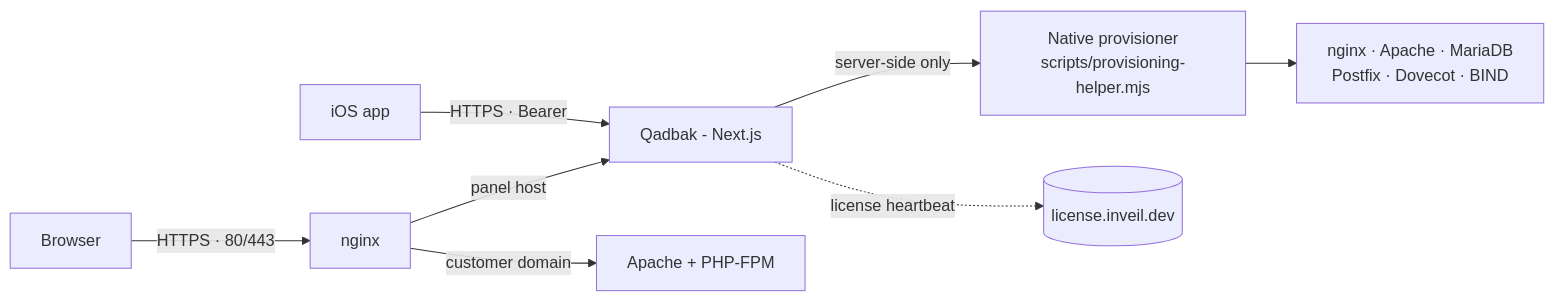
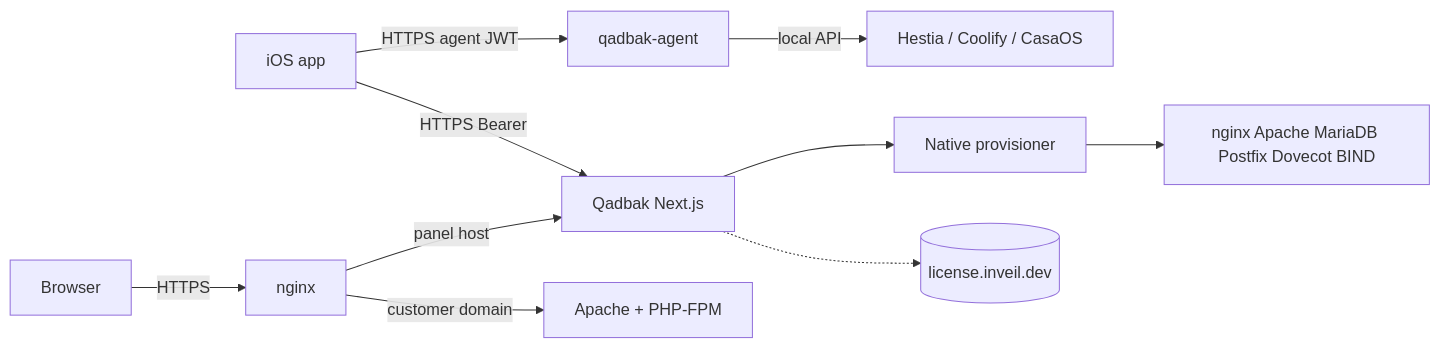
One commit to macdirtycow/qadbak changed the diagram in README.md. Above: the diagram before and after it, drawn with Mermaid. The commit also changed other lines of this file and 8 other files, not shown here.

First line of the commit message:
Refresh GitHub docs for iOS app v1.2.3 and agent v0.5.0.

````diff
--- a/README.md
+++ b/README.md
@@ -288,10 +287,12 @@
 ```mermaid
 flowchart LR
-    B[Browser] -->|"HTTPS · 80/443"| N[nginx]
-    I[iOS app] -->|"HTTPS · Bearer"| Q
-    N -->|"panel host"| Q[Qadbak - Next.js]
+    B[Browser] -->|"HTTPS"| N[nginx]
+    I[iOS app] -->|"HTTPS Bearer"| Q
+    I -->|"HTTPS agent JWT"| A1[qadbak-agent]
+    N -->|"panel host"| Q[Qadbak Next.js]
     N -->|"customer domain"| A[Apache + PHP-FPM]
-    Q -->|"server-side only"| P["Native provisioner<br/>scripts/provisioning-helper.mjs"]
-    P --> S["nginx · Apache · MariaDB<br/>Postfix · Dovecot · BIND"]
-    Q -.->|"license heartbeat"| L[("license.inveil.dev")]
+    A1 -->|"local API"| P2[Hestia / Coolify / CasaOS]
+    Q --> P["Native provisioner"]
+    P --> S["nginx Apache MariaDB Postfix Dovecot BIND"]
+    Q -.-> L[("license.inveil.dev")]
 ```
````
